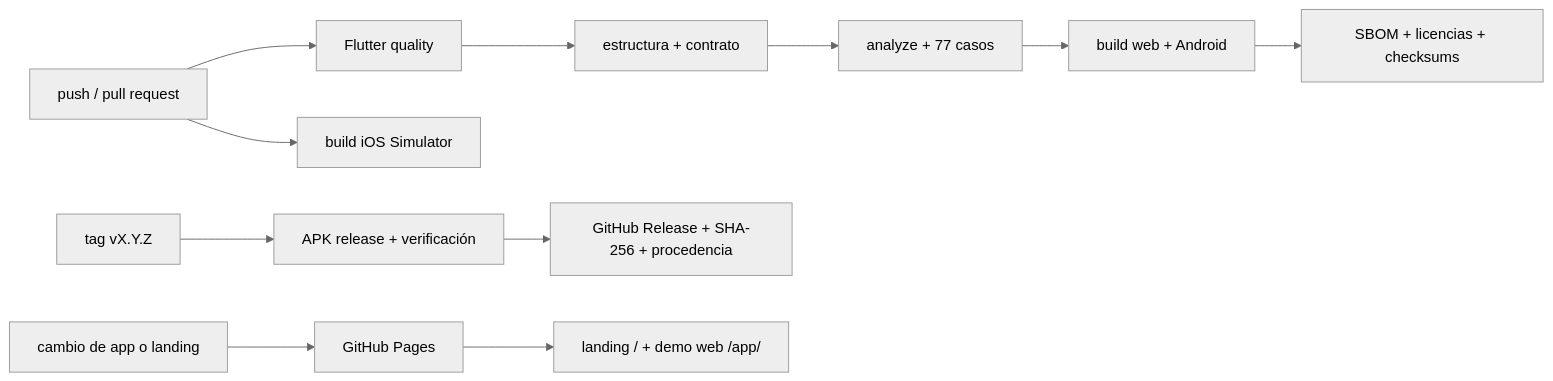
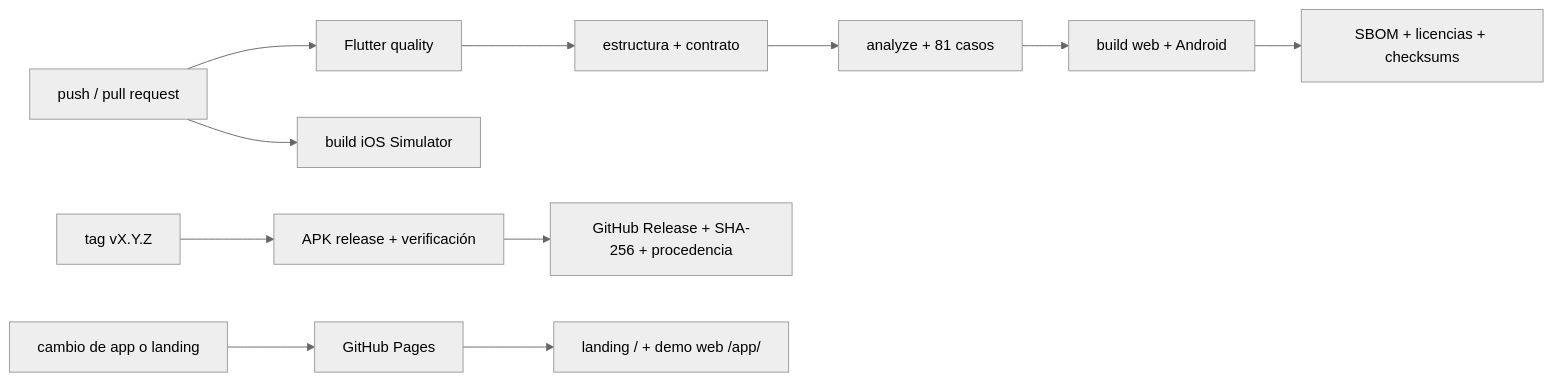
One commit to vladimiracunadev-create/rootcause-qr-inspector changed the diagram in docs/CI_GITHUB.md. Above: the diagram before and after it, drawn with Mermaid (neutral theme). The commit also changed 11 other files, not shown here.

````diff
--- a/docs/CI_GITHUB.md
+++ b/docs/CI_GITHUB.md
@@ -5,13 +5,13 @@
 ```mermaid
 flowchart LR
     P["push / pull request"] --> Q["Flutter quality"]
     Q --> S["estructura + contrato"]
-    S --> A["analyze + 77 casos"]
+    S --> A["analyze + 81 casos"]
     A --> B["build web + Android"]
     B --> R["SBOM + licencias + checksums"]
     T["tag vX.Y.Z"] --> V["APK release + verificación"]
     V --> H["GitHub Release + SHA-256 + procedencia"]
     P --> M["build iOS Simulator"]
     L["cambio de app o landing"] --> G["GitHub Pages"]
     G --> W["landing / + demo web /app/"]
 ```
````
